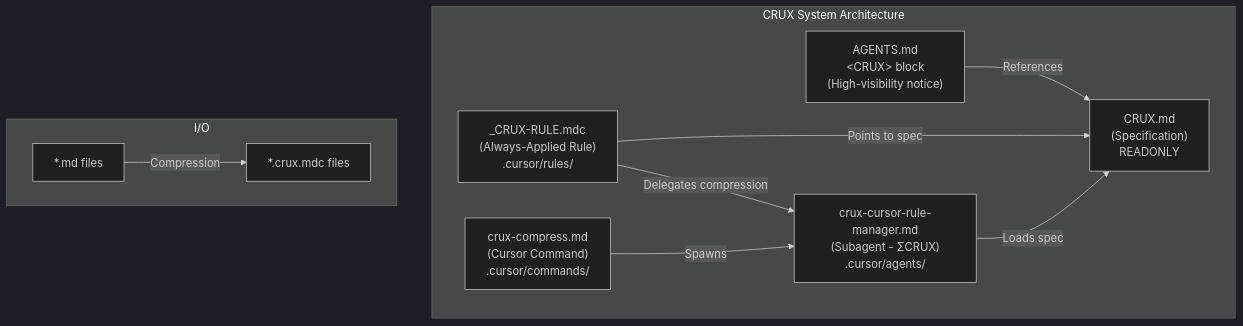
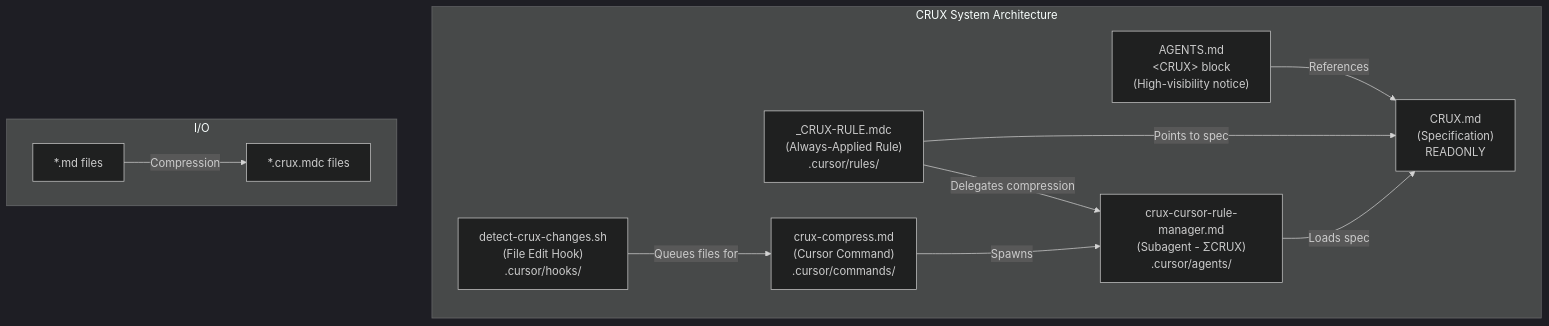
The first of 4 diagrams in .cursor/crux-readme.md (zotoio/x-fidelity), drawn with Mermaid (dark theme) before and after one commit. The commit also changed other lines of this file and 11 other files, not shown here.

````diff
--- a/.cursor/crux-readme.md
+++ b/.cursor/crux-readme.md
@@ -9,22 +22,24 @@
 ```mermaid
 flowchart TB
     subgraph "CRUX System Architecture"
         CRUX["CRUX.md<br/>(Specification)<br/>READONLY"]
         AGENTS["AGENTS.md<br/>&lt;CRUX&gt; block<br/>(High-visibility notice)"]
         RULE["_CRUX-RULE.mdc<br/>(Always-Applied Rule)<br/>.cursor/rules/"]
         MANAGER["crux-cursor-rule-manager.md<br/>(Subagent - ΣCRUX)<br/>.cursor/agents/"]
         COMMAND["crux-compress.md<br/>(Cursor Command)<br/>.cursor/commands/"]
+        HOOK["detect-crux-changes.sh<br/>(File Edit Hook)<br/>.cursor/hooks/"]
         
         AGENTS -->|"References"| CRUX
         RULE -->|"Points to spec"| CRUX
         MANAGER -->|"Loads spec"| CRUX
         COMMAND -->|"Spawns"| MANAGER
         RULE -->|"Delegates compression"| MANAGER
+        HOOK -->|"Queues files for"| COMMAND
     end
     
     subgraph "I/O"
         INPUT["*.md files"]
         OUTPUT["*.crux.mdc files"]
         INPUT -->|"Compression"| OUTPUT
     end
 ```
````
